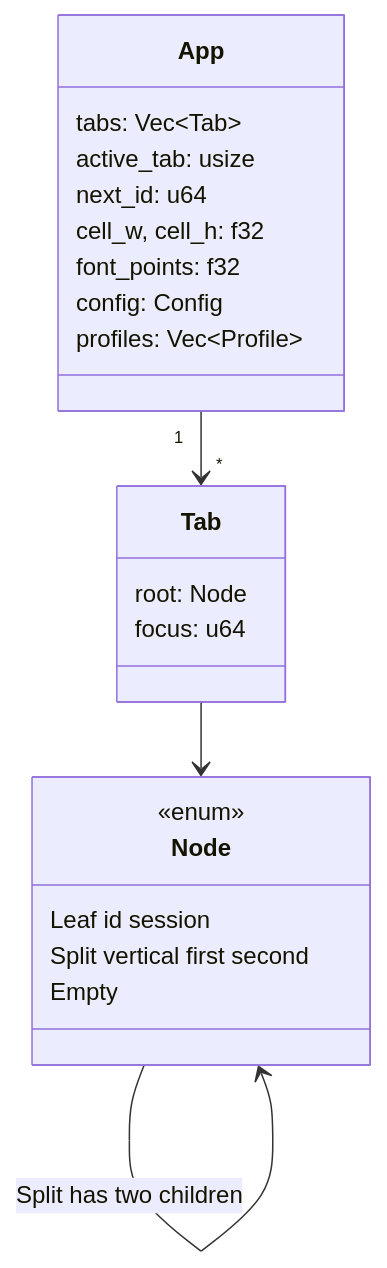
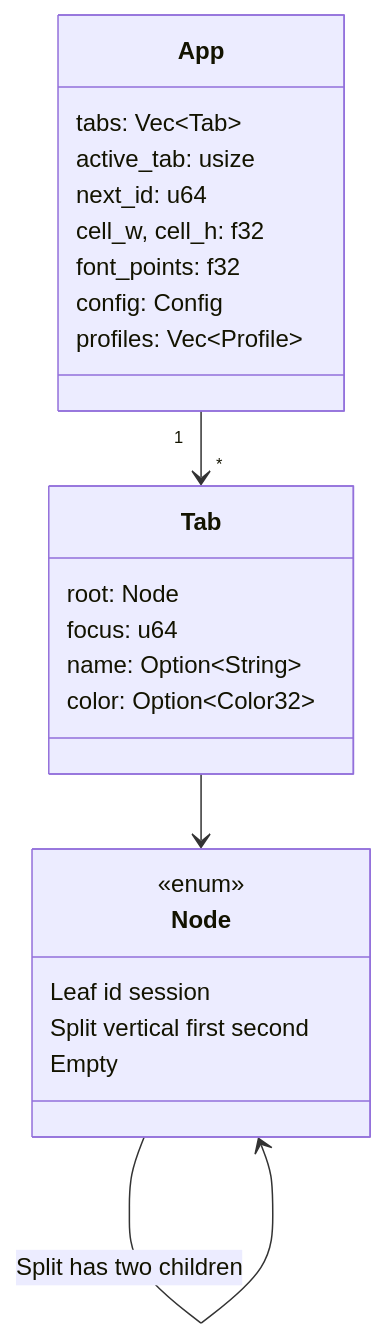
The first of 4 diagrams in docs/components/app.md (stvnksslr/geist), drawn with Mermaid before and after one commit. The commit also changed other lines of this file and 5 other files, not shown here.

````diff
--- a/docs/components/app.md
+++ b/docs/components/app.md
@@ -13,25 +21,27 @@
 ```mermaid
 classDiagram
     class App {
         tabs: Vec~Tab~
         active_tab: usize
         next_id: u64
         cell_w, cell_h: f32
         font_points: f32
         config: Config
         profiles: Vec~Profile~
     }
     class Tab {
         root: Node
         focus: u64
+        name: Option~String~
+        color: Option~Color32~
     }
     class Node {
         <<enum>>
         Leaf id session
         Split vertical first second
         Empty
     }
     App "1" --> "*" Tab
     Tab --> Node
     Node --> Node : Split has two children
 ```
````
